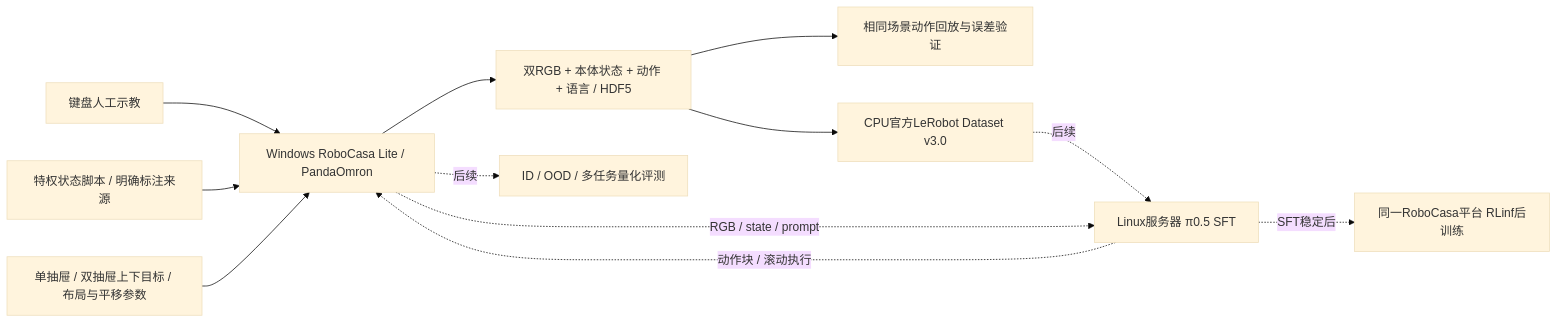
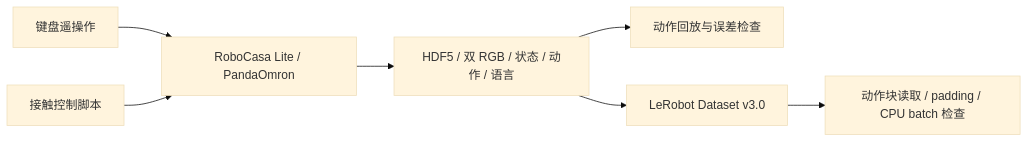
The diagram in README.md (Turbo176/Pi05-RoboCasa-Cabinet), drawn with Mermaid (base theme) before and after one commit. The commit also changed other lines of this file and 1 other file, not shown here.

````diff
--- a/README.md
+++ b/README.md
@@ -93,14 +48,9 @@
 ```mermaid
 flowchart LR
-    K[键盘人工示教] --> E[Windows RoboCasa Lite / PandaOmron]
-    B[特权状态脚本 / 明确标注来源] --> E
-    T[单抽屉 / 双抽屉上下目标 / 布局与平移参数] --> E
-    E --> R[双RGB + 本体状态 + 动作 + 语言 / HDF5]
-    R --> P[相同场景动作回放与误差验证]
-    R --> D[CPU官方LeRobot Dataset v3.0]
-    D -. 后续 .-> S[Linux服务器 π0.5 SFT]
-    E -. RGB / state / prompt .-> S
-    S -. 动作块 / 滚动执行 .-> E
-    E -. 后续 .-> V[ID / OOD / 多任务量化评测]
-    S -. SFT稳定后 .-> L[同一RoboCasa平台 RLinf后训练]
+    K[键盘遥操作] --> E[RoboCasa Lite / PandaOmron]
+    S[接触控制脚本] --> E
+    E --> R[HDF5 / 双 RGB / 状态 / 动作 / 语言]
+    R --> P[动作回放与误差检查]
+    R --> D[LeRobot Dataset v3.0]
+    D --> B[动作块读取 / padding / CPU batch 检查]
 ```
````
